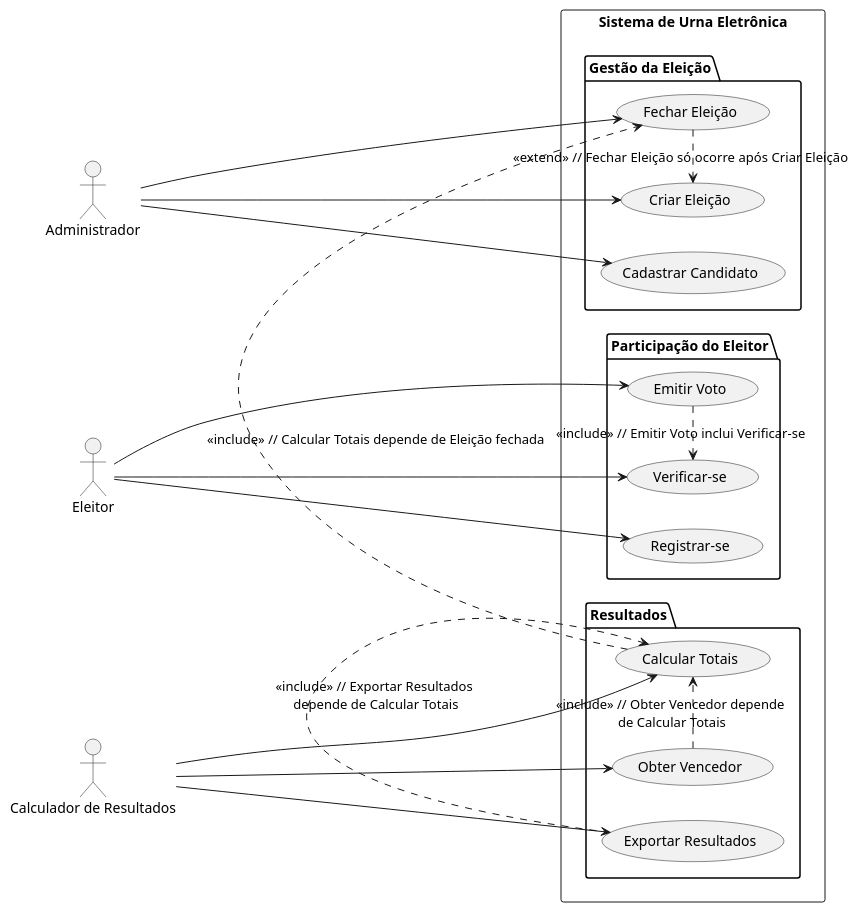
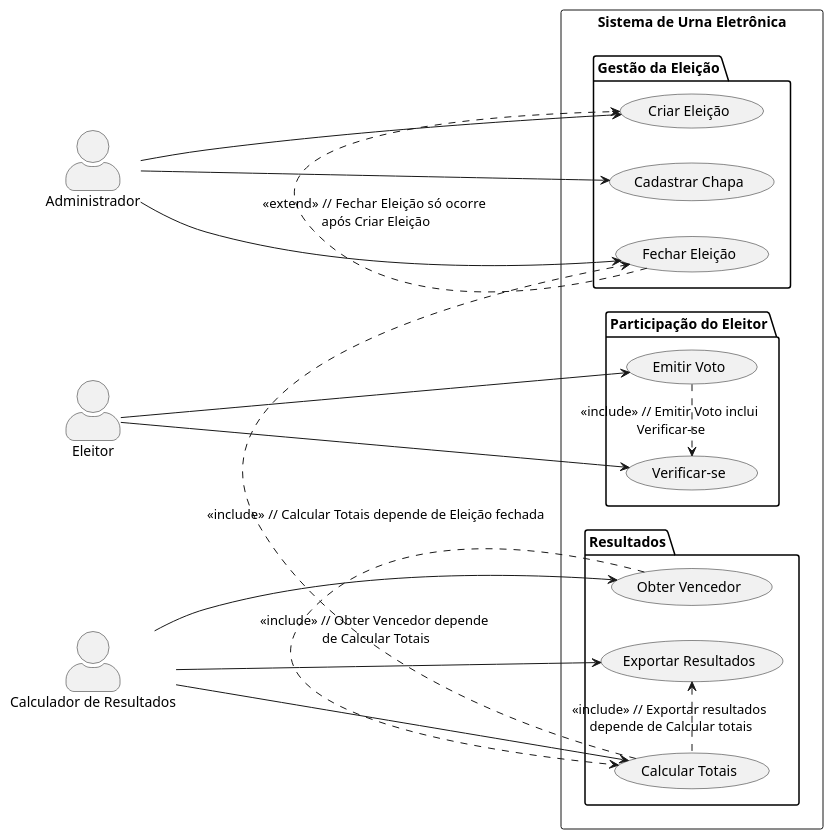
Before and after one commit to Bields190/Urna: the diagram in UML/UML_DCU.puml, drawn with PlantUML. The commit also changed 1 other file, not shown here.

```diff
--- a/UML/UML_DCU.puml
+++ b/UML/UML_DCU.puml
@@ -1,49 +1,49 @@
 @startuml SISTEMA DE URNA ELETRONICA
+skinparam actorstyle awesome
 
 left to right direction
+
 actor "Administrador" as admin
 actor "Eleitor" as eleitor
 actor "Calculador de Resultados" as calc
 
 rectangle "Sistema de Urna Eletrônica" {
   
   package "Gestão da Eleição" {
-    (Criar Eleição) as UC1
-    (Fechar Eleição) as UC2
-    (Cadastrar Candidato) as UC3
+    (Criar Eleição) as CE
+    (Fechar Eleição) as FE
+    (Cadastrar Chapa) as CC
   }
 
   package "Participação do Eleitor" {
-    (Registrar-se) as UC4
-    (Verificar-se) as UC5
-    (Emitir Voto) as UC6
+    (Verificar-se) as VER
+    (Emitir Voto) as EV
   }
 
   package "Resultados" {
-    (Calcular Totais) as UC7
-    (Obter Vencedor) as UC8
-    (Exportar Resultados) as UC9
+    (Calcular Totais) as CT
+    (Obter Vencedor) as OV
+    (Exportar Resultados) as ER
   }
 }
 
 '--- Relações de atores
-admin --> UC1
-admin --> UC2
-admin --> UC3
+admin --> CE
+admin --> FE
+admin --> CC
 
-eleitor --> UC4
-eleitor --> UC5
-eleitor --> UC6
+eleitor --> VER
+eleitor --> EV
 
-calc --> UC7
-calc --> UC8
-calc --> UC9
+calc --> CT
+calc --> OV
+calc --> ER
 
 '--- Relações de dependência
-UC6 .> UC5 : <<include>> // Emitir Voto inclui Verificar-se
-UC2 .> UC1 : <<extend>>  // Fechar Eleição só ocorre após Criar Eleição
-UC7 .> UC2 : <<include>> // Calcular Totais depende de Eleição fechada
-UC8 .> UC7 : <<include>> // Obter Vencedor depende \nde Calcular Totais
-UC9 .> UC7 : <<include>> // Exportar Resultados \ndepende de Calcular Totais
+EV .> VER : <<include>> // Emitir Voto inclui \nVerificar-se
+FE .> CE : <<extend>>  // Fechar Eleição só ocorre \napós Criar Eleição
+CT .> FE : <<include>> // Calcular Totais depende de Eleição fechada
+OV .> CT : <<include>> // Obter Vencedor depende \nde Calcular Totais
+ER <. CT : <<include>> // Exportar resultados \ndepende de Calcular totais
 
 @enduml
```
